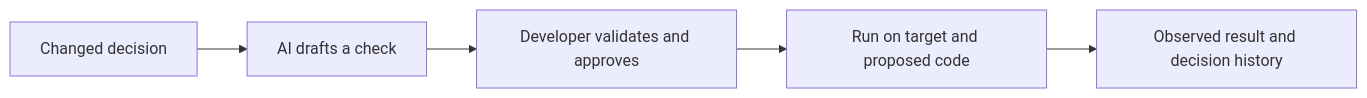
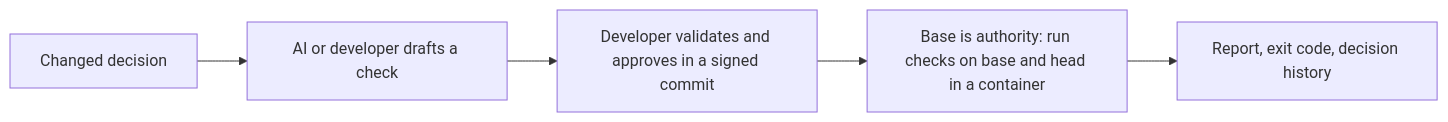
Before and after one commit to Yashjain329/Decision-Drift-Gate: the diagram in README.md, drawn with Mermaid. The commit also changed other lines of this file and 10 other files, not shown here.

Commit message:
docs: threat model, security policy, changelog, upgrade note, real-repo README, architecture and dated addenda

````diff
--- a/README.md
+++ b/README.md
@@ -15,7 +15,7 @@
 ```mermaid
 flowchart LR
-    A[Changed decision] --> B[AI drafts a check]
-    B --> C[Developer validates and approves]
-    C --> D[Run on target and proposed code]
-    D --> E[Observed result and decision history]
+    A[Changed decision] --> B[AI or developer drafts a check]
+    B --> C[Developer validates and approves in a signed commit]
+    C --> D[Base is authority: run checks on base and head in a container]
+    D --> E[Report, exit code, decision history]
 ```
````
